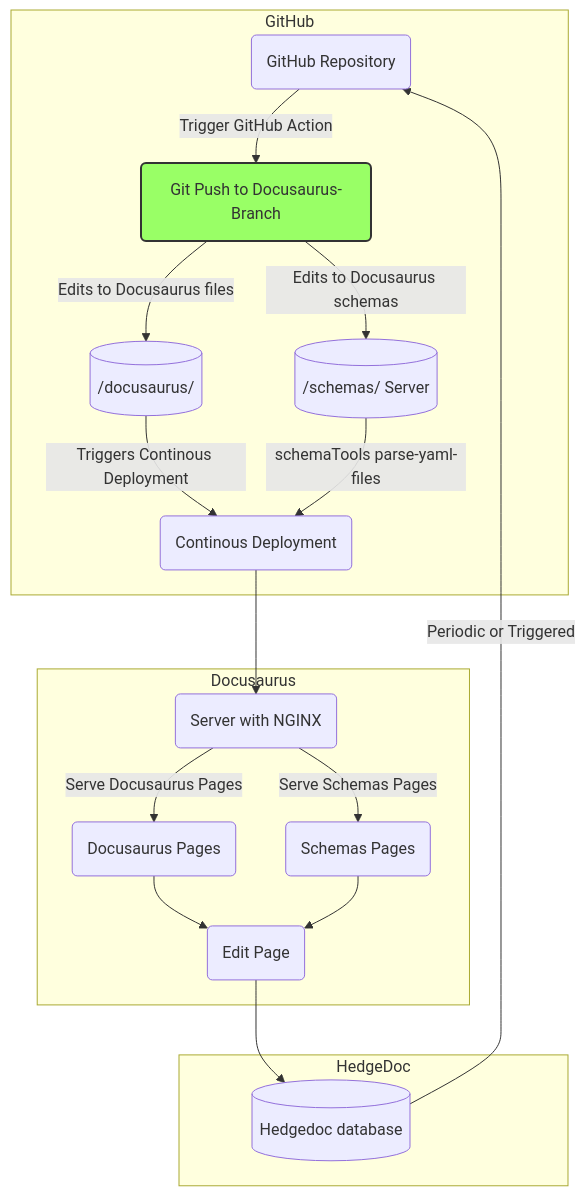
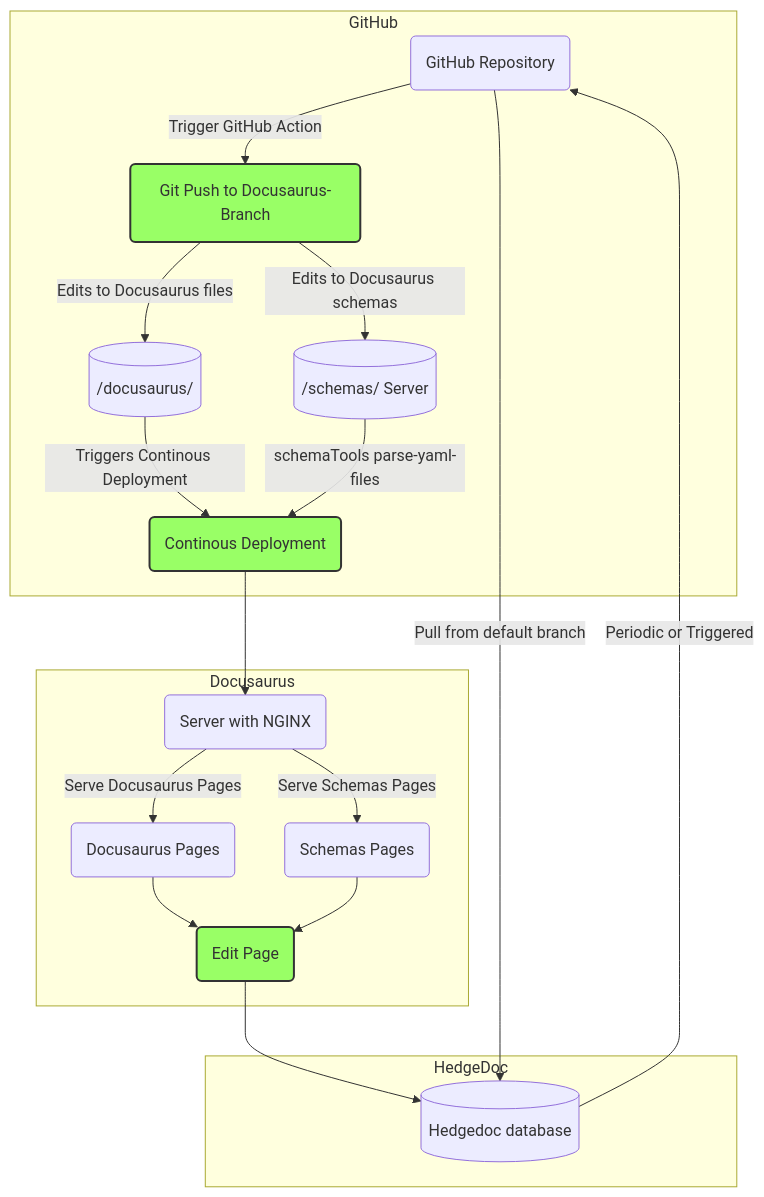
The diagram in README.md (nqminds/SBOM-GAP), drawn with Mermaid before and after one commit.

Commit message:
[2024-01-11 10:37:19] Anthony McCaigue: documentation-toolchain

````diff
--- a/README.md
+++ b/README.md
@@ -6,43 +6,44 @@
 ```mermaid
 graph
 
 %% GitHub
 subgraph GitHub
   ghRepo(GitHub Repository)
   ghAction1(Git Push to Docusaurus-Branch)
   ghAction2(Continous Deployment)
   docusaurusServer[(/docusaurus/)]
   schemasServer[(/schemas/ Server)]
 end
 
 %% Server Hosting Pages using NGINX
 subgraph Docusaurus
   nginxServer(Server with NGINX)
   nginxDocusaurus(Docusaurus Pages)
   nginxSchemas(Schemas Pages)
   editPage(Edit Page)
 end
 
 subgraph HedgeDoc
     hedgedocPages[(Hedgedoc database)]
 end
 
 %% Arrows and Actions
 ghRepo -->|Trigger GitHub Action| ghAction1
 ghAction1 -->|Edits to Docusaurus files| docusaurusServer
 ghAction1 -->|Edits to Docusaurus schemas| schemasServer
 docusaurusServer -->|Triggers Continous Deployment| ghAction2
 schemasServer -->|schemaTools parse-yaml-files| ghAction2
 ghAction2 --> nginxServer
 nginxServer -->|Serve Docusaurus Pages| nginxDocusaurus
 nginxServer -->|Serve Schemas Pages| nginxSchemas
 
 nginxDocusaurus --> editPage
 nginxSchemas --> editPage
 
-editPage --> hedgedocPages -->|Periodic or Triggered| ghRepo
+editPage --> hedgedocPages -->|Periodic or Triggered | ghRepo
+ghRepo --> |Pull from default branch| hedgedocPages
 
-style ghAction1 fill:#9f6,stroke:#333,stroke-width:2px
+classDef centered fill:#9f6,stroke:#333,stroke-width:2px,align::center;
 
-style editPage align:center;
+class ghAction1,ghAction2,editPage centered;
 ```
````
